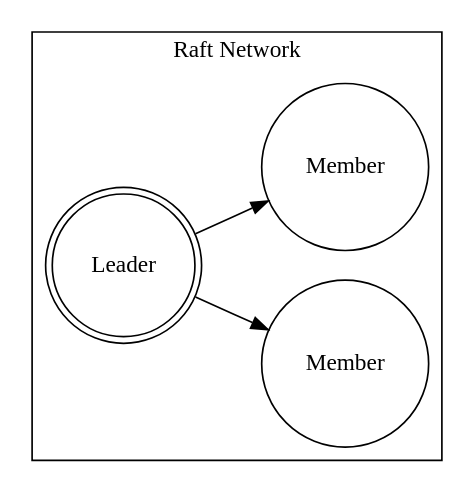
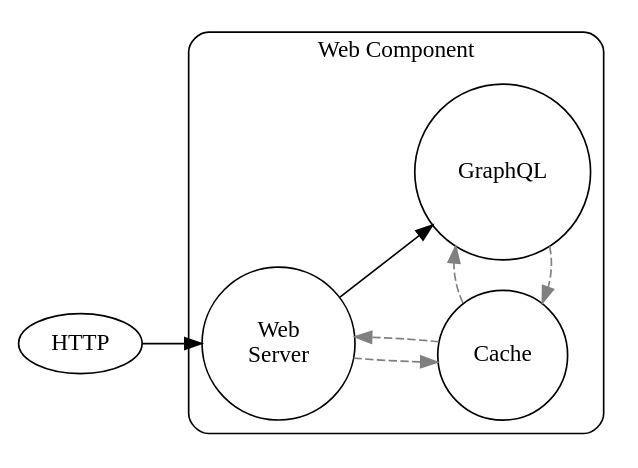
The diagram in diagram.dot (bbrietzke/BaxterBot), drawn with Graphviz before and after one commit. The commit also changed 16 other files, not shown here.

```diff
--- a/diagram.dot
+++ b/diagram.dot
@@ -1,14 +1,20 @@
 digraph baxter_bot {
-    layout=dot
     rankdir=LR
 
-    R_LD [label="Leader" shape=doublecircle]
-    R_ON [label="Member" shape=circle]
-    R_TW [label="Member" shape=circle]
+    HTTP_SRC [label="HTTP"]
 
-    subgraph cluster_raft {
-        label="Raft Network"
-        R_LD->R_ON
-        R_LD->R_TW
+    WEB [label="Web\nServer", shape=circle]
+    CAC [label="Cache" shape=circle]
+    GQL [label="GraphQL" shape=circle]
+
+    HTTP_SRC -> WEB 
+
+    subgraph cluster_web {
+        label="Web Component"
+        style=rounded
+        WEB -> CAC -> WEB [style=dashed, color=grey]
+        WEB -> GQL
+        GQL -> CAC -> GQL [style=dashed, color=grey]
+        {rank=same GQL CAC}
     }
 }
```
